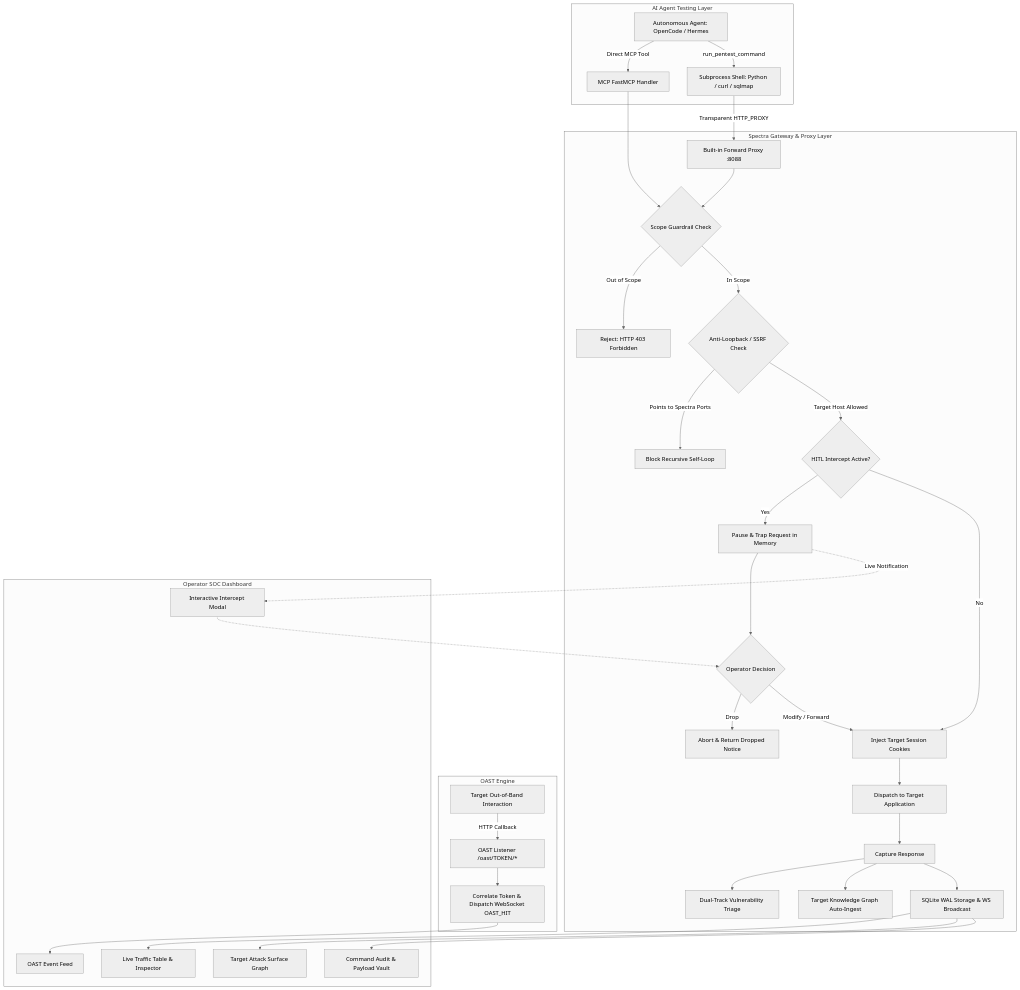
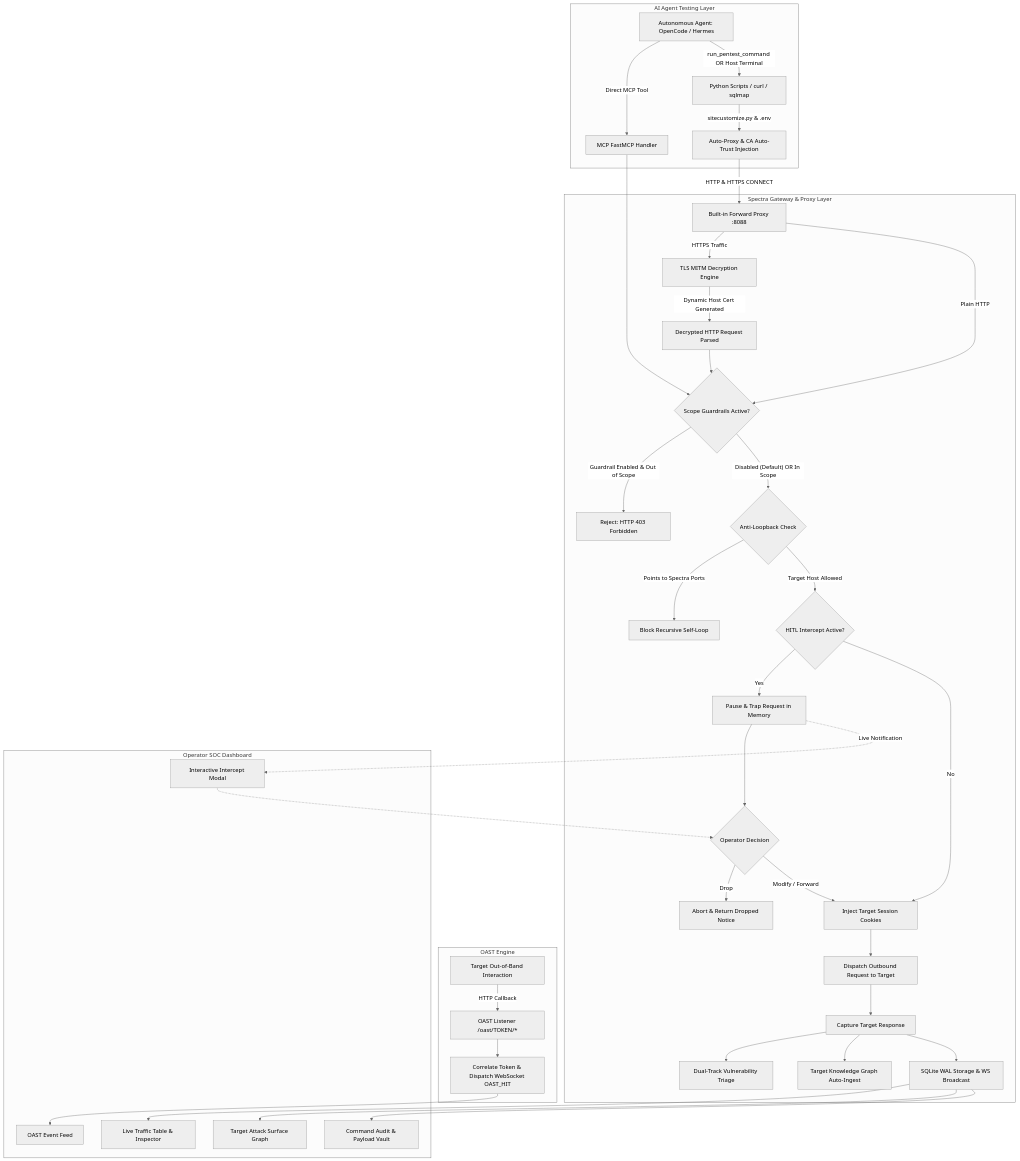
The diagram in README.md (angganovryanputra/Spectra-MCP), drawn with Mermaid (neutral theme) before and after one commit. The commit also changed other lines of this file and 2 other files, not shown here.

Commit message:
docs: update README with TLS MITM, runtime auto-enforcement, and proxy architecture details

````diff
--- a/README.md
+++ b/README.md
@@ -113,41 +127,45 @@
 ```mermaid
 flowchart TD
     subgraph AgentWorkspace["AI Agent Testing Layer"]
         A[Autonomous Agent: OpenCode / Hermes] -->|Direct MCP Tool| B[MCP FastMCP Handler]
-        A -->|run_pentest_command| C[Subprocess Shell: Python / curl / sqlmap]
+        A -->|run_pentest_command OR Host Terminal| C[Python Scripts / curl / sqlmap]
+        C -->|sitecustomize.py & .env| C1[Auto-Proxy & CA Auto-Trust Injection]
     end
 
     subgraph ProxyInterception["Spectra Gateway & Proxy Layer"]
-        C -->|Transparent HTTP_PROXY| D[Built-in Forward Proxy :8088]
-        B --> E{Scope Guardrail Check}
-        D --> E
-        E -- "Out of Scope" --> E1[Reject: HTTP 403 Forbidden]
-        E -- "In Scope" --> F{Anti-Loopback / SSRF Check}
+        C1 -->|HTTP & HTTPS CONNECT| D[Built-in Forward Proxy :8088]
+        D -->|HTTPS Traffic| D1[TLS MITM Decryption Engine]
+        D1 -->|Dynamic Host Cert Generated| D2[Decrypted HTTP Request Parsed]
+        B --> E{Scope Guardrails Active?}
+        D2 --> E
+        D -->|Plain HTTP| E
+        E -- "Guardrail Enabled & Out of Scope" --> E1[Reject: HTTP 403 Forbidden]
+        E -- "Disabled (Default) OR In Scope" --> F{Anti-Loopback Check}
         F -- "Points to Spectra Ports" --> F1[Block Recursive Self-Loop]
         F -- "Target Host Allowed" --> G{HITL Intercept Active?}
         G -- "Yes" --> G1[Pause & Trap Request in Memory]
         G1 --> G2{Operator Decision}
         G2 -- "Drop" --> G3[Abort & Return Dropped Notice]
         G2 -- "Modify / Forward" --> H[Inject Target Session Cookies]
         G -- "No" --> H
-        H --> I[Dispatch to Target Application]
-        I --> J[Capture Response]
+        H --> I[Dispatch Outbound Request to Target]
+        I --> J[Capture Target Response]
         J --> K[Dual-Track Vulnerability Triage]
         J --> L[Target Knowledge Graph Auto-Ingest]
         J --> M[SQLite WAL Storage & WS Broadcast]
     end
 
     subgraph OastSubsystem["OAST Engine"]
         O1[Target Out-of-Band Interaction] -->|HTTP Callback| O2[OAST Listener /oast/TOKEN/*]
         O2 --> O3[Correlate Token & Dispatch WebSocket OAST_HIT]
     end
 
     subgraph OperatorConsole["Operator SOC Dashboard"]
         M --> UI1[Live Traffic Table & Inspector]
         M --> UI2[Target Attack Surface Graph]
         M --> UI3[Command Audit & Payload Vault]
         O3 --> UI4[OAST Event Feed]
         G1 -.->|Live Notification| UI5[Interactive Intercept Modal]
         UI5 -.-> G2
     end
 ```
````
